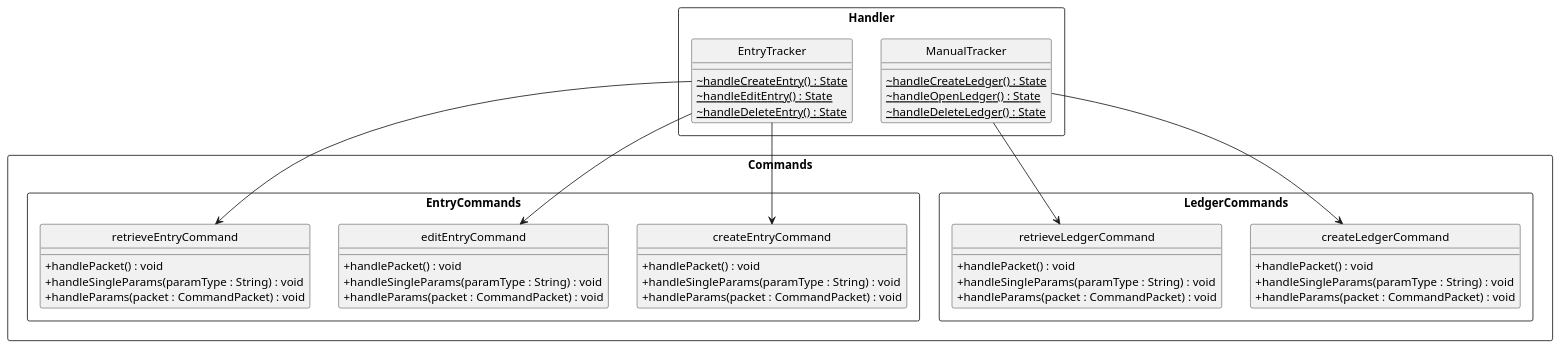
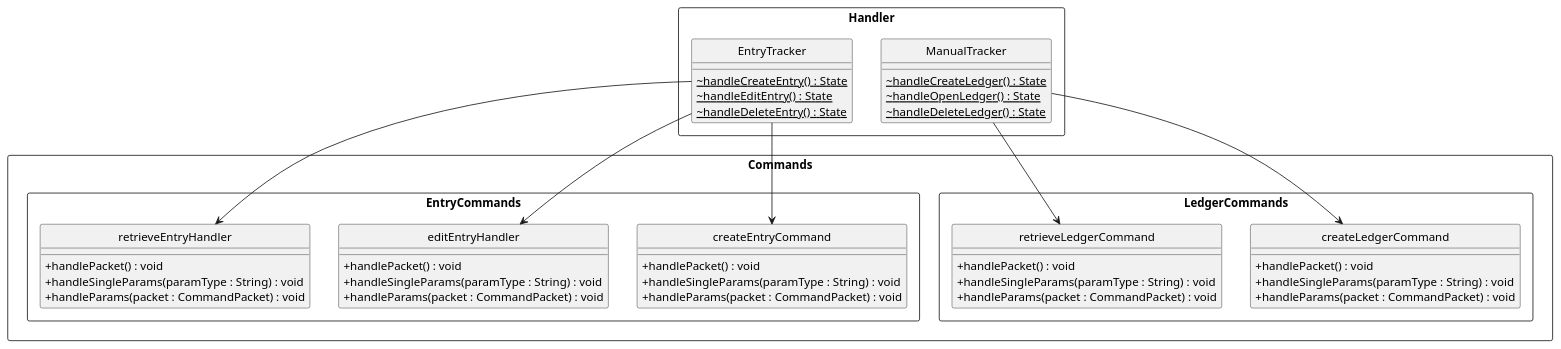
The diagram in docs/uml_images/manualTracker/Handler_Commands.puml (nus-cs2113-AY2021S1/tp), drawn with PlantUML before and after one commit. The commit also changed 21 other files, not shown here.

```diff
--- a/docs/uml_images/manualTracker/Handler_Commands.puml
+++ b/docs/uml_images/manualTracker/Handler_Commands.puml
@@ -1,67 +1,67 @@
 @startuml
 hide circle
 skinparam classAttributeIconSize 0
 skinparam BoxPadding 20
 skinparam shadowing false
 
 skinparam package<<Layout>> {
   borderColor Transparent
   backgroundColor Transparent
   fontColor Transparent
   stereotypeFontColor Transparent
 }
 
 rectangle Handler {
     class ManualTracker {
         ~ {static} handleCreateLedger() : State
         ~ {static} handleOpenLedger() : State
         ~ {static} handleDeleteLedger() : State
     }
 
     class EntryTracker {
         ~ {static} handleCreateEntry() : State
         ~ {static} handleEditEntry() : State
         ~ {static} handleDeleteEntry() : State
     }
 }
 
 rectangle Commands {
     rectangle LedgerCommands {
         class createLedgerCommand {
             + handlePacket() : void
             + handleSingleParams(paramType : String) : void
             + handleParams(packet : CommandPacket) : void
         }
         class retrieveLedgerCommand {
             + handlePacket() : void
             + handleSingleParams(paramType : String) : void
             + handleParams(packet : CommandPacket) : void
         }
         ManualTracker --> createLedgerCommand
         ManualTracker --> retrieveLedgerCommand
     }
 
     rectangle EntryCommands {
         class createEntryCommand {
             + handlePacket() : void
             + handleSingleParams(paramType : String) : void
             + handleParams(packet : CommandPacket) : void
         }
-        class editEntryCommand {
+        class editEntryHandler {
             + handlePacket() : void
             + handleSingleParams(paramType : String) : void
             + handleParams(packet : CommandPacket) : void
         }
-        class retrieveEntryCommand {
+        class retrieveEntryHandler {
             + handlePacket() : void
             + handleSingleParams(paramType : String) : void
             + handleParams(packet : CommandPacket) : void
         }
         EntryTracker --> createEntryCommand
-        EntryTracker --> retrieveEntryCommand
-        EntryTracker --> editEntryCommand
+        EntryTracker --> retrieveEntryHandler
+        EntryTracker --> editEntryHandler
 
     }
 }
 
 @enduml
```
